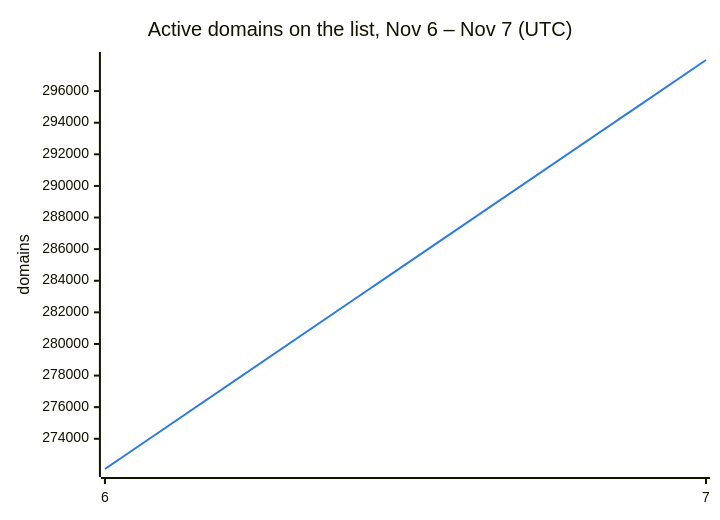
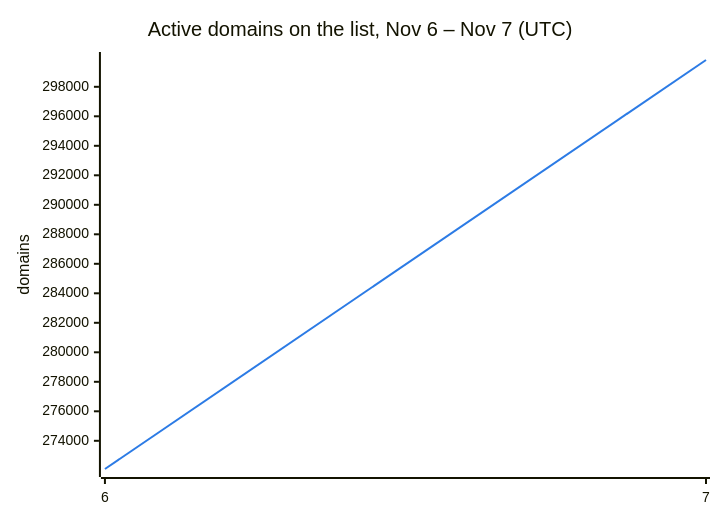
Before and after one commit to DNSBunker/CTI: the second of 3 diagrams in README.md, drawn with Mermaid. The commit also changed other lines of this file and 3 other files, not shown here.

````diff
--- a/README.md
+++ b/README.md
@@ -38,8 +38,8 @@
 ```mermaid
 %%{init: {"themeVariables": {"xyChart": {"plotColorPalette": "#2c7be5"}}}}%%
 xychart-beta
     title "Active domains on the list, Nov 6 – Nov 7 (UTC)"
     x-axis ["6", "7"]
     y-axis "domains"
-    line [272088, 297968]
+    line [272088, 299817]
 ```
````
